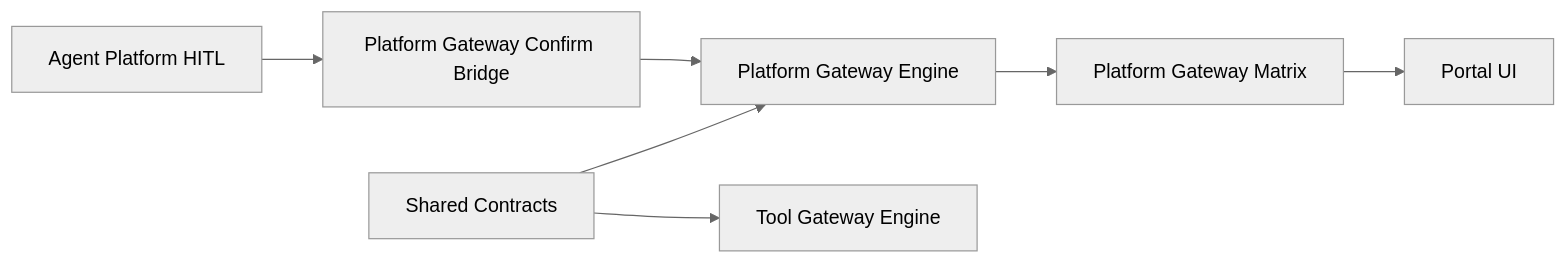
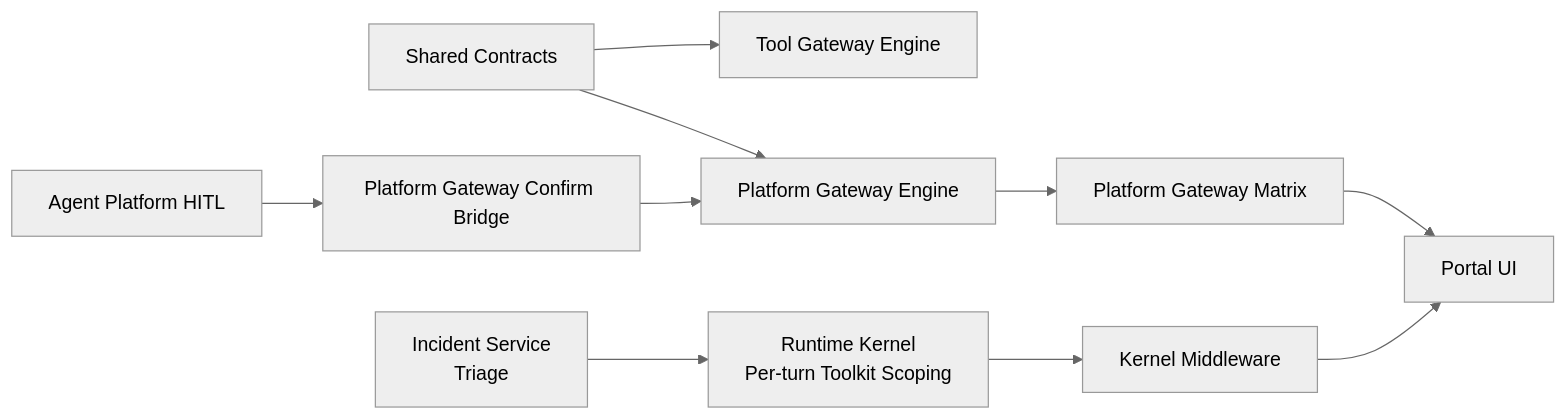
Before and after one commit to metasync/luban-aiops: the eighth of 8 diagrams in .qoder/repowiki/en/content/Architecture Documentation/SPEC-030_ Require Approval Policy Semantics.md, drawn with Mermaid (neutral theme). The commit also changed other lines of this file and 65 other files, not shown here.

````diff
--- a/.qoder/repowiki/en/content/Architecture Documentation/SPEC-030_ Require Approval Policy Semantics.md
+++ b/.qoder/repowiki/en/content/Architecture Documentation/SPEC-030_ Require Approval Policy Semantics.md
@@ -326,9 +434,12 @@
 ```mermaid
 graph LR
 Contracts["Shared Contracts"] --> PGEngine["Platform Gateway Engine"]
 Contracts --> TGEngine["Tool Gateway Engine"]
 PGEngine --> PGMatrix["Platform Gateway Matrix"]
 HITL["Agent Platform HITL"] --> PGConfirm["Platform Gateway Confirm Bridge"]
 PGConfirm --> PGEngine
 PGMatrix --> Portal["Portal UI"]
+RuntimeKernel["Runtime Kernel<br/>Per-turn Toolkit Scoping"] --> KernelMiddleware["Kernel Middleware"]
+IncidentService["Incident Service<br/>Triage"] --> RuntimeKernel
+KernelMiddleware --> Portal
 ```
````
